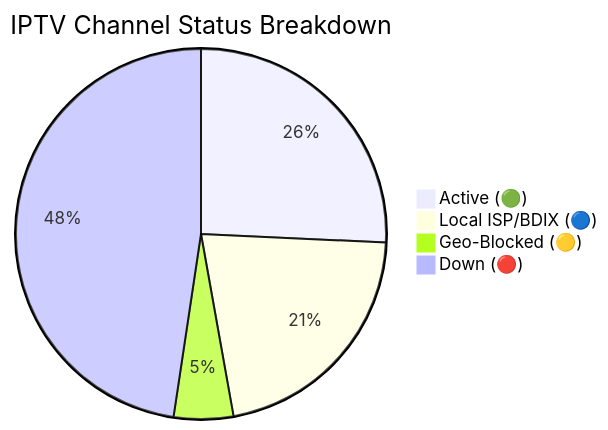
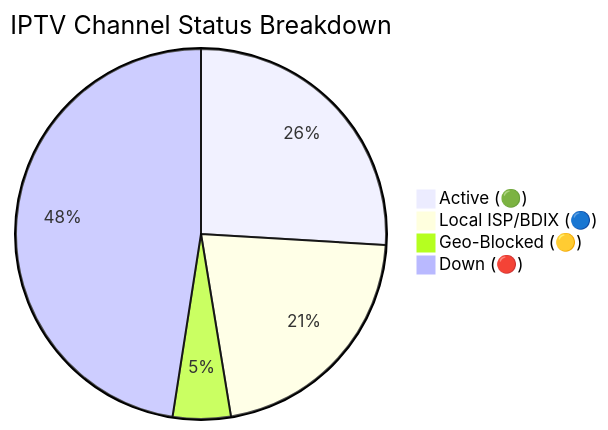
One commit to Zaman-Topu/Ip-tv-Collection changed the diagram in README.md. Above: the diagram before and after it, drawn with Mermaid. The commit also changed other lines of this file and 6 other files, not shown here.

````diff
--- a/README.md
+++ b/README.md
@@ -118,7 +118,7 @@
 ```mermaid
 pie title IPTV Channel Status Breakdown
-    "Active (🟢)" : 10758
-    "Local ISP/BDIX (🔵)" : 8964
-    "Geo-Blocked (🟡)" : 2169
-    "Down (🔴)" : 19907
+    "Active (🟢)" : 10850
+    "Local ISP/BDIX (🔵)" : 8967
+    "Geo-Blocked (🟡)" : 2113
+    "Down (🔴)" : 19872
 ```
````
